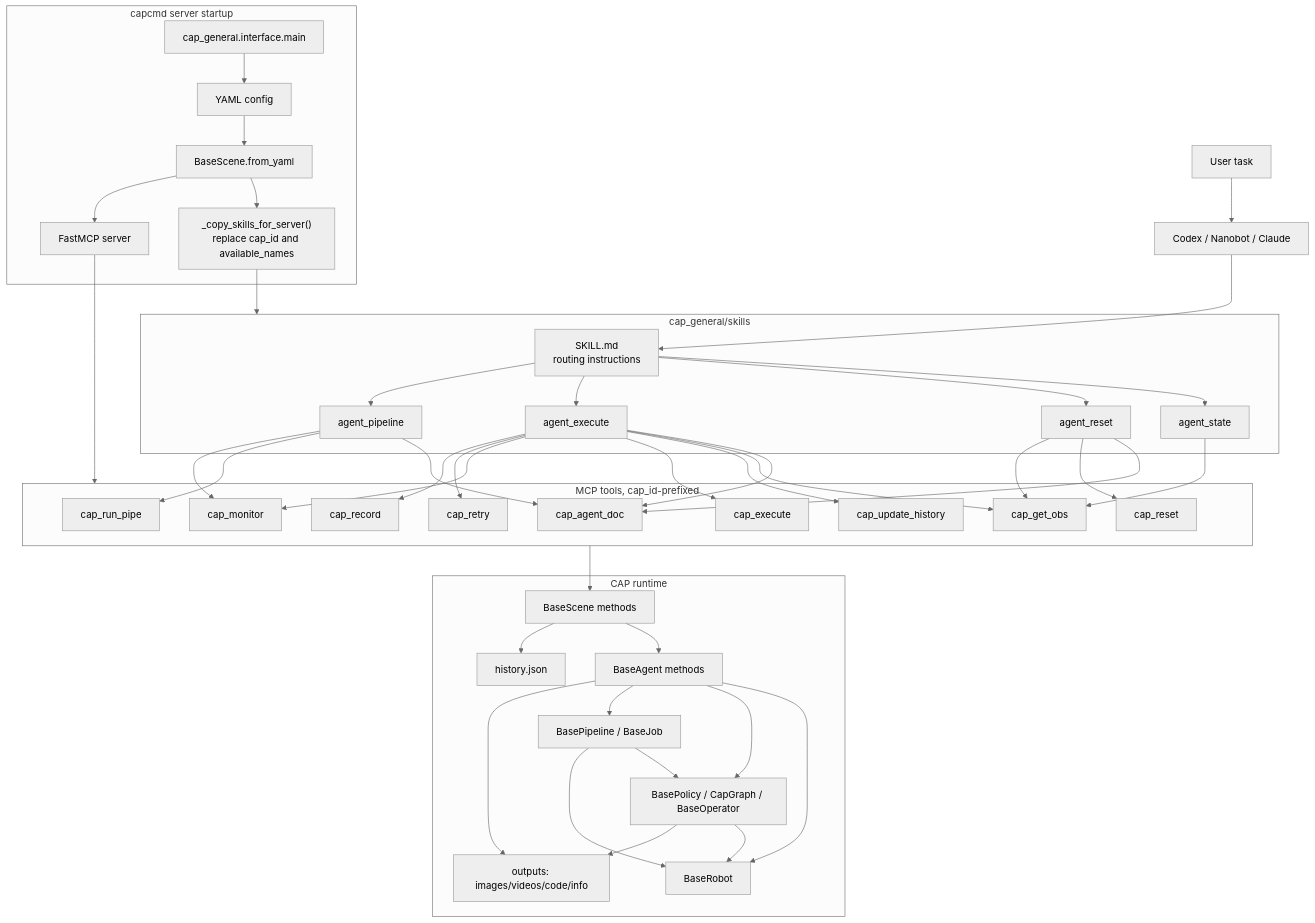
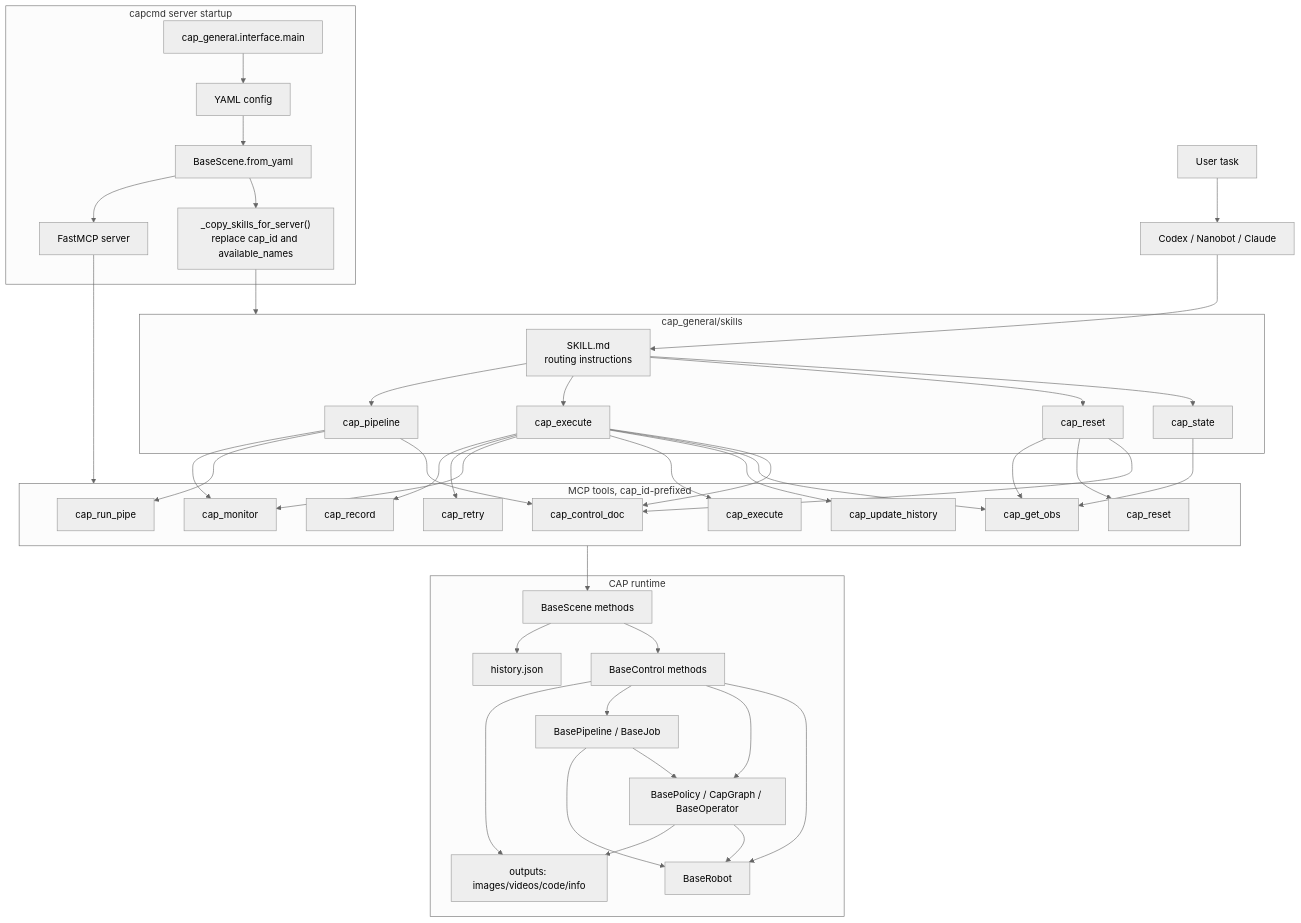
Before and after one commit to Archermmt/cap_general: the diagram in docs/skills_mcp_call_flow.mmd, drawn with Mermaid (neutral theme). The commit also changed 77 other files, not shown here.

```diff
--- a/docs/skills_mcp_call_flow.mmd
+++ b/docs/skills_mcp_call_flow.mmd
@@ -1,78 +1,78 @@
 flowchart TD
     User["User task"] --> LLM["Codex / Nanobot / Claude"]
 
     subgraph Skills["cap_general/skills"]
       Root["SKILL.md\nrouting instructions"]
-      State["agent_state"]
-      Reset["agent_reset"]
-      Execute["agent_execute"]
-      Pipeline["agent_pipeline"]
+      State["cap_state"]
+      Reset["cap_reset"]
+      Execute["cap_execute"]
+      Pipeline["cap_pipeline"]
     end
 
     subgraph ServerStart["capcmd server startup"]
       CLI["cap_general.interface.main"]
       YAML["YAML config"]
       SceneBuild["BaseScene.from_yaml"]
       CopySkills["_copy_skills_for_server()\nreplace cap_id and available_names"]
       FastMCP["FastMCP server"]
     end
 
     subgraph MCPTools["MCP tools, cap_id-prefixed"]
-      TDoc["cap_agent_doc"]
+      TDoc["cap_control_doc"]
       TReset["cap_reset"]
       TExec["cap_execute"]
       TMon["cap_monitor"]
       TRetry["cap_retry"]
       TObs["cap_get_obs"]
       TRecord["cap_record"]
       THist["cap_update_history"]
       TPipe["cap_run_pipe"]
     end
 
     subgraph CAP["CAP runtime"]
       Scene["BaseScene methods"]
-      Agent["BaseAgent methods"]
+      Control["BaseControl methods"]
       Robot["BaseRobot"]
       Policy["BasePolicy / CapGraph / BaseOperator"]
       Pipe["BasePipeline / BaseJob"]
       History["history.json"]
       Artifacts["outputs: images/videos/code/info"]
     end
 
     CLI --> YAML --> SceneBuild --> CopySkills --> Skills
     SceneBuild --> FastMCP --> MCPTools
 
     LLM --> Root
     Root --> State
     Root --> Reset
     Root --> Execute
     Root --> Pipeline
 
     State --> TObs
     Reset --> TDoc
     Reset --> TReset
     Reset --> TObs
 
     Execute --> TDoc
     Execute --> TObs
     Execute --> THist
     Execute --> TExec
     Execute --> TMon
     Execute --> TRetry
     Execute --> TRecord
 
     Pipeline --> TDoc
     Pipeline --> TPipe
     Pipeline --> TMon
 
     MCPTools --> Scene
-    Scene --> Agent
-    Agent --> Robot
-    Agent --> Policy
-    Agent --> Pipe
+    Scene --> Control
+    Control --> Robot
+    Control --> Policy
+    Control --> Pipe
     Policy --> Robot
     Policy --> Artifacts
     Pipe --> Policy
     Pipe --> Robot
     Scene --> History
-    Agent --> Artifacts
+    Control --> Artifacts
```
